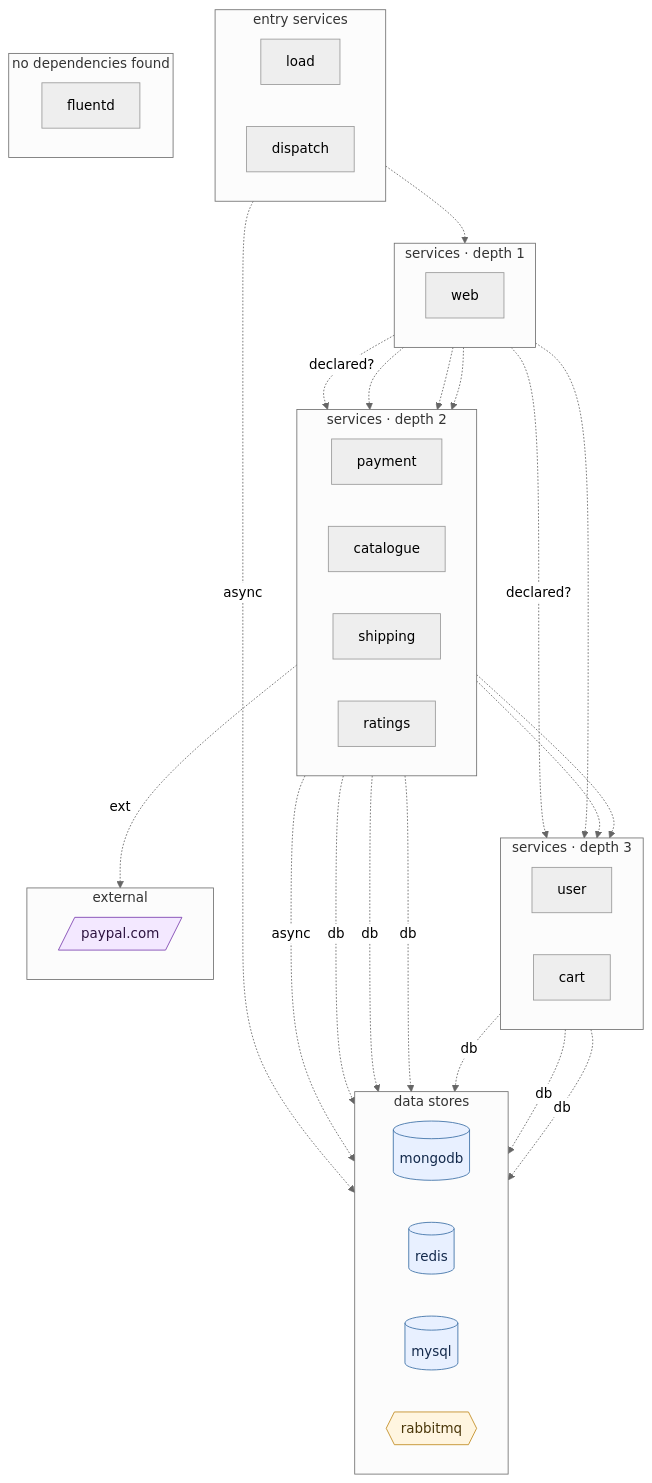
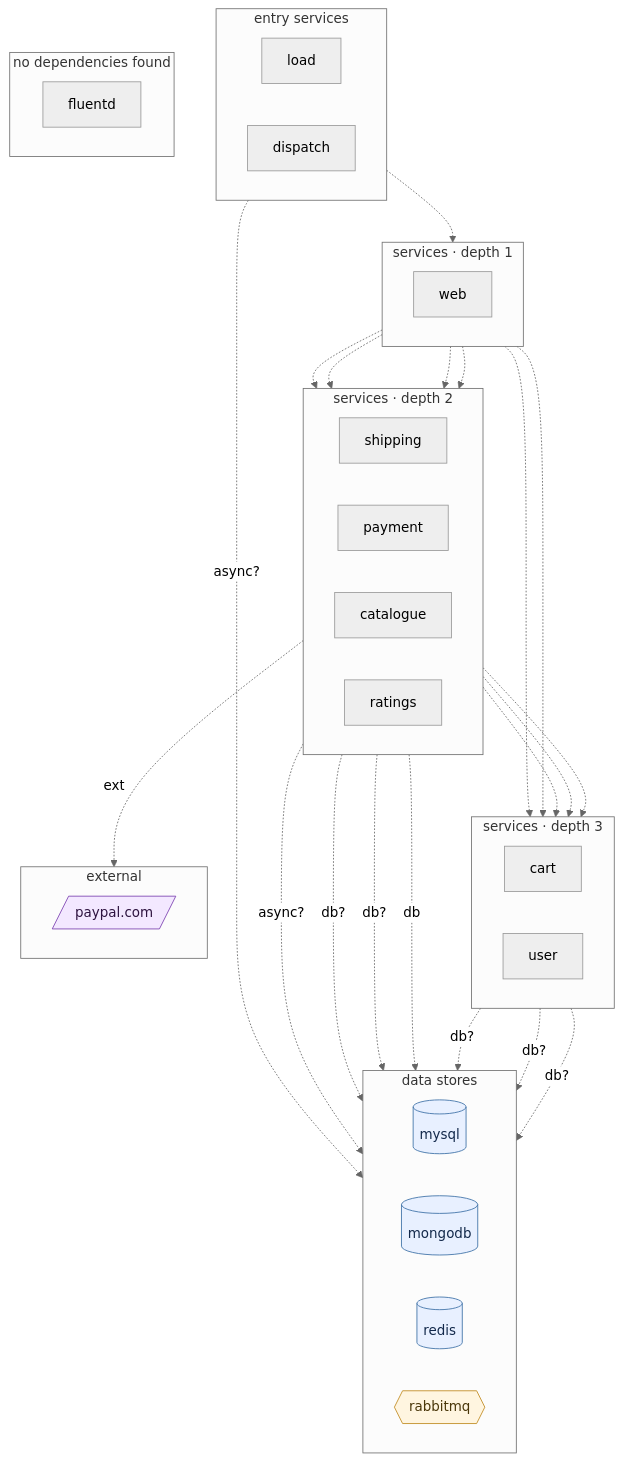
Before and after one commit to ANYuu531/ChatOps4Msa-Pipeline: the diagram in docs/generalization/robot-shop.summary.md, drawn with Mermaid (neutral theme). The commit also changed other lines of this file and 105 other files, not shown here.

````diff
--- a/docs/generalization/robot-shop.summary.md
+++ b/docs/generalization/robot-shop.summary.md
@@ -66,64 +77,65 @@
 ```mermaid
 flowchart TB
 %% DepWeaver — microservice dependency graph
 %% solid arrow = observed at runtime (Istio) · dashed = declared in code/doc only
 %% node shape: [service] ([gateway]) [(db)] {{queue}} [/external/]
   subgraph layer0 ["entry services"]
     direction LR
     load["load"]
     dispatch["dispatch"]
   end
   subgraph layer1 ["services · depth 1"]
     direction LR
     web["web"]
   end
   subgraph layer2 ["services · depth 2"]
     direction LR
+    shipping["shipping"]
     payment["payment"]
     catalogue["catalogue"]
-    shipping["shipping"]
     ratings["ratings"]
   end
   subgraph layer3 ["services · depth 3"]
     direction LR
+    cart["cart"]
     user["user"]
-    cart["cart"]
   end
   subgraph layer4 ["data stores"]
     direction LR
+    mysql[("mysql")]:::db
     mongodb[("mongodb")]:::db
     redis[("redis")]:::db
-    mysql[("mysql")]:::db
     rabbitmq{{"rabbitmq"}}:::queue
   end
   subgraph layer5 ["external"]
     direction LR
     paypal_com[/"paypal.com"/]:::external
   end
   subgraph layer6 ["no dependencies found"]
     direction LR
     fluentd["fluentd"]
   end
+  shipping -.-> cart
+  shipping -. db .-> mysql
   payment -. ext .-> paypal_com
+  payment -.-> cart
   payment -.-> user
-  payment -.-> cart
   load -.-> web
-  catalogue -. db .-> mongodb
-  user -. db .-> mongodb
-  user -. db .-> redis
-  cart -. db .-> redis
-  shipping -. db .-> mysql
-  ratings -. db .-> mysql
-  payment -. async .-> rabbitmq
-  dispatch -. async .-> rabbitmq
+  catalogue -. db? .-> mongodb
+  user -. db? .-> mongodb
+  user -. db? .-> redis
+  cart -. db? .-> redis
+  ratings -. db? .-> mysql
+  payment -. async? .-> rabbitmq
+  dispatch -. async? .-> rabbitmq
   web -.-> catalogue
   web -.-> user
   web -.-> shipping
   web -.-> payment
-  web -. declared? .-> cart
-  web -. declared? .-> ratings
+  web -.-> cart
+  web -.-> ratings
 classDef db fill:#e8f0ff,stroke:#3a6ea5,color:#13294b;
 classDef queue fill:#fff5e0,stroke:#c08a1e,color:#4a370a;
 classDef external fill:#f3e8ff,stroke:#7a3fb0,color:#2e1440;
 
 ```
````
